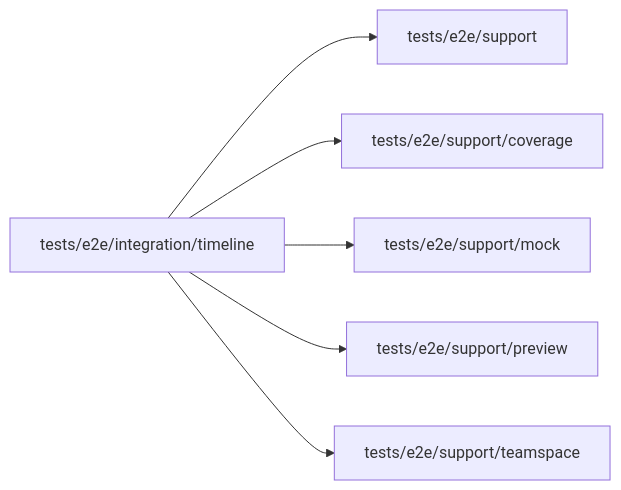
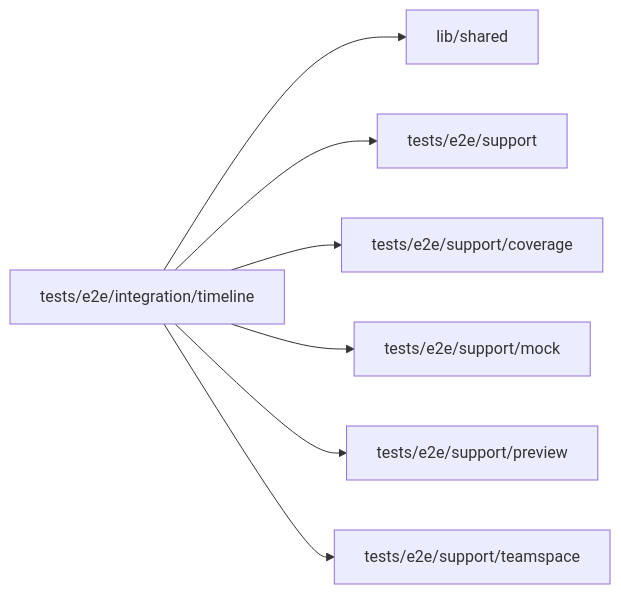
The diagram in web/studio/tests/e2e/integration/timeline/README.md (superdurable/superverse), drawn with Mermaid before and after one commit. The commit also changed other lines of this file and 14 other files, not shown here.

First line of the commit message:
LIVESWITCHRACE: Keep the Live selection when the Flow page picks its default Flow

````diff
--- a/web/studio/tests/e2e/integration/timeline/README.md
+++ b/web/studio/tests/e2e/integration/timeline/README.md
@@ -10,9 +10,10 @@
 ```mermaid
 flowchart LR
   self["tests/e2e/integration/timeline"]
-  self --> d0["tests/e2e/support"]
-  self --> d1["tests/e2e/support/coverage"]
-  self --> d2["tests/e2e/support/mock"]
-  self --> d3["tests/e2e/support/preview"]
-  self --> d4["tests/e2e/support/teamspace"]
+  self --> d0["lib/shared"]
+  self --> d1["tests/e2e/support"]
+  self --> d2["tests/e2e/support/coverage"]
+  self --> d3["tests/e2e/support/mock"]
+  self --> d4["tests/e2e/support/preview"]
+  self --> d5["tests/e2e/support/teamspace"]
 ```
````
